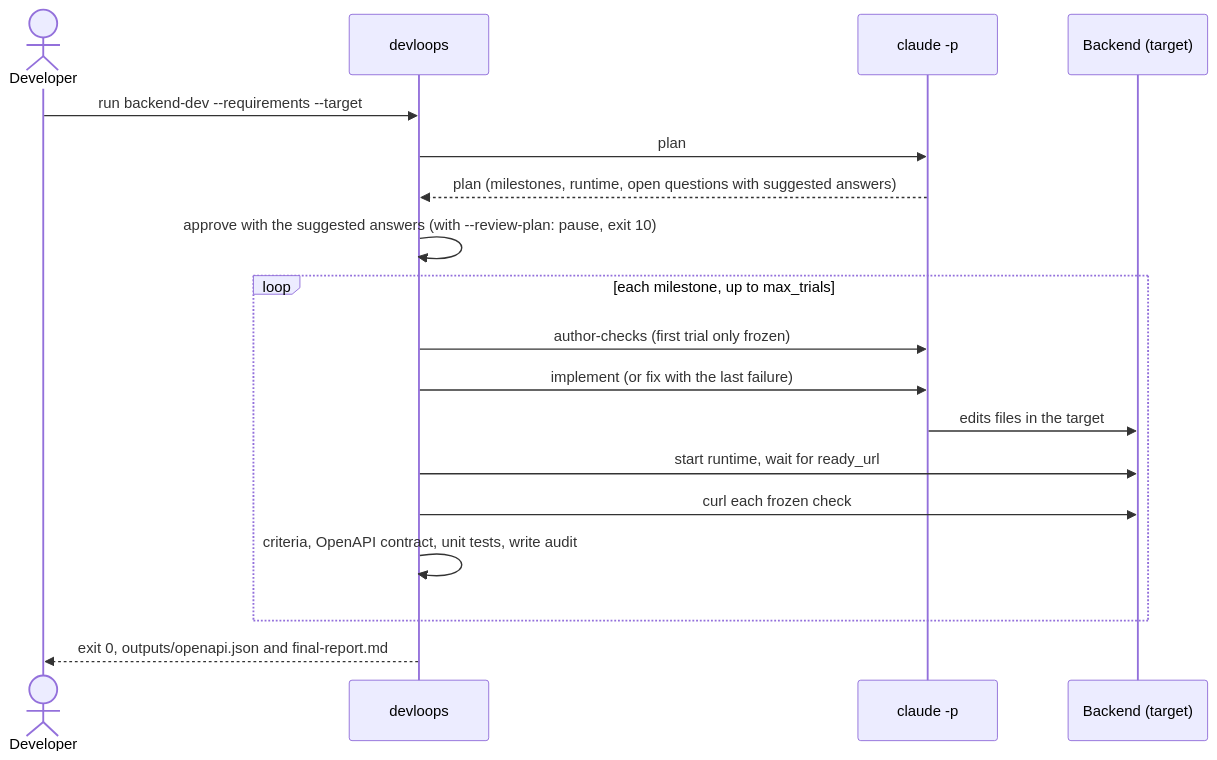
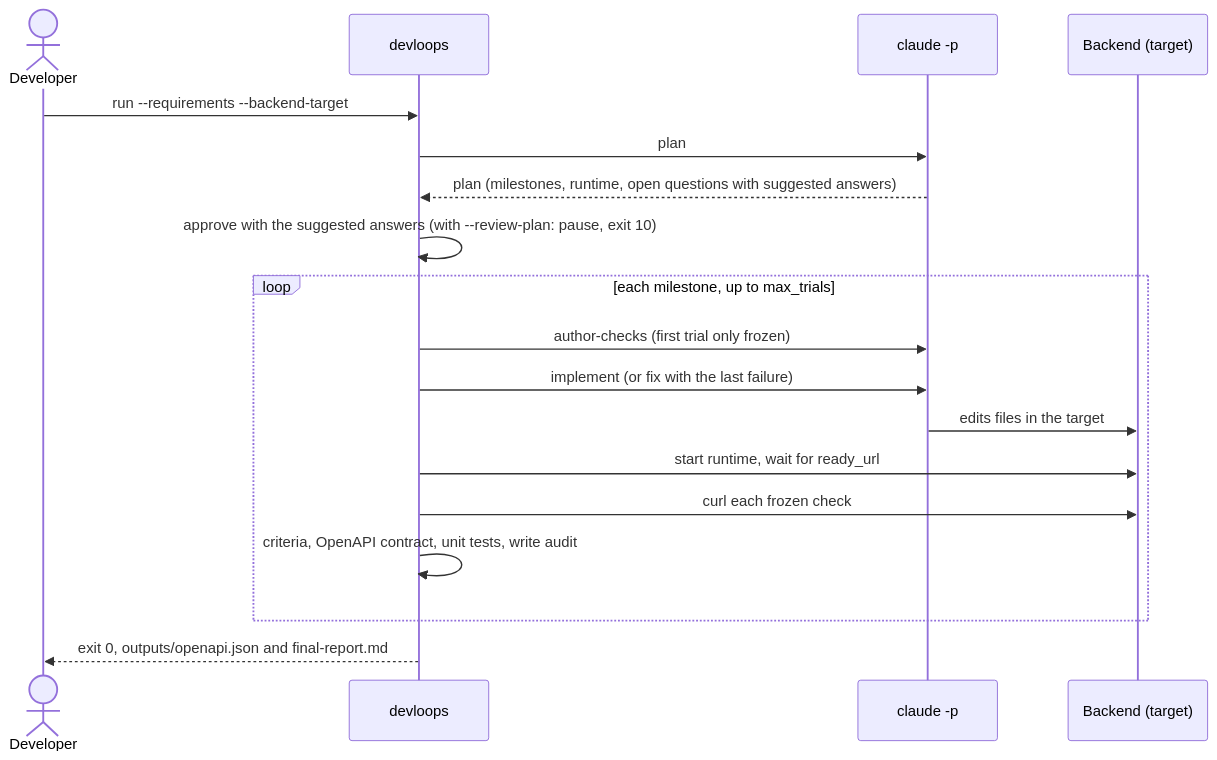
Before and after one commit to youssef7ussien/claude-devloops: the first of 3 diagrams in loops/README.md, drawn with Mermaid. The commit also changed other lines of this file and 19 other files, not shown here.

First line of the commit message:
docs(devloops): document the single run command and backend-only projects

````diff
--- a/loops/README.md
+++ b/loops/README.md
@@ -423,20 +452,20 @@
 ```mermaid
 sequenceDiagram
     actor Dev as Developer
     participant CLI as devloops
     participant Claude as claude -p
     participant App as Backend (target)
-    Dev->>CLI: run backend-dev --requirements --target
+    Dev->>CLI: run --requirements --backend-target
     CLI->>Claude: plan
     Claude-->>CLI: plan (milestones, runtime, open questions with suggested answers)
     CLI->>CLI: approve with the suggested answers (with --review-plan: pause, exit 10)
     loop each milestone, up to max_trials
         CLI->>Claude: author-checks (first trial only frozen)
         CLI->>Claude: implement (or fix with the last failure)
         Claude->>App: edits files in the target
         CLI->>App: start runtime, wait for ready_url
         CLI->>App: curl each frozen check
         CLI->>CLI: criteria, OpenAPI contract, unit tests, write audit
     end
     CLI-->>Dev: exit 0, outputs/openapi.json and final-report.md
 ```
````
